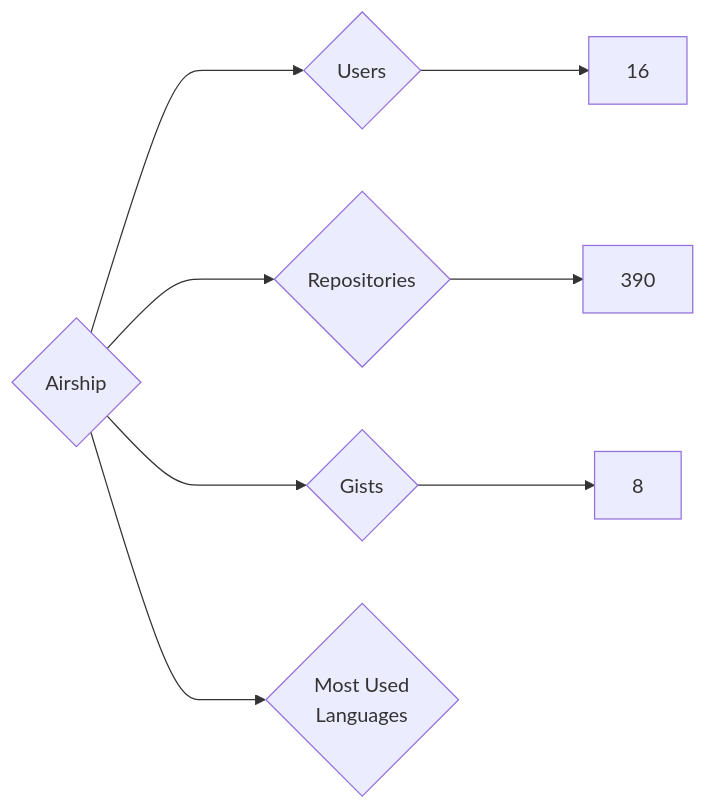
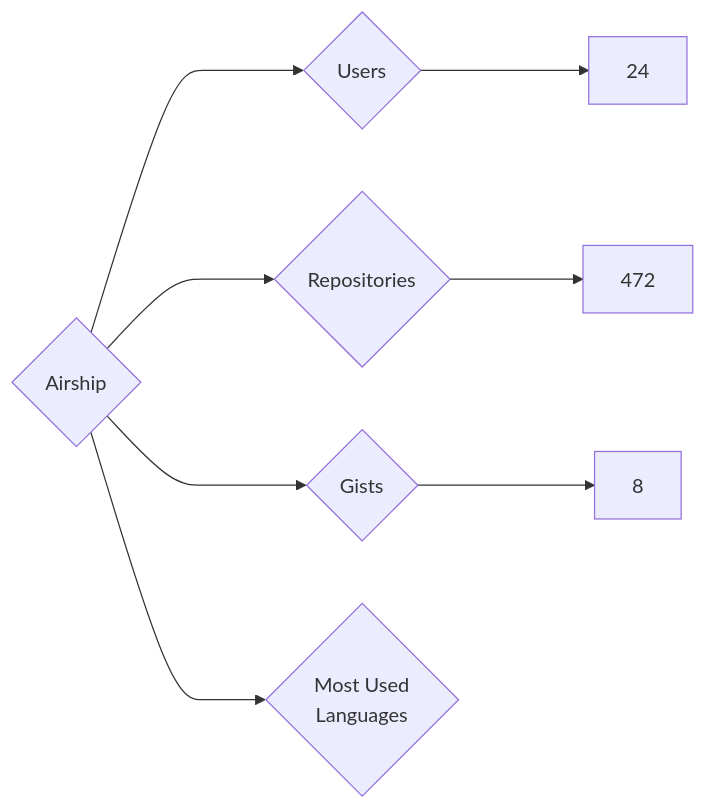
The diagram in targets/Airship/README.md (nenadzaric/insiders), drawn with Mermaid before and after one commit. The commit also changed 7 other files, not shown here.

````diff
--- a/targets/Airship/README.md
+++ b/targets/Airship/README.md
@@ -3,8 +3,8 @@
 ```mermaid
 graph LR
 COMPANY_NAME{Airship}
-COMPANY_NAME ---> U{Users} ---> UN[16]
-COMPANY_NAME ---> R{Repositories} ---> RN[390]
+COMPANY_NAME ---> U{Users} ---> UN[24]
+COMPANY_NAME ---> R{Repositories} ---> RN[472]
 COMPANY_NAME ---> G{Gists} ---> GN[8]
 COMPANY_NAME ---> ML{Most Used<br>Languages}
 ```
````
